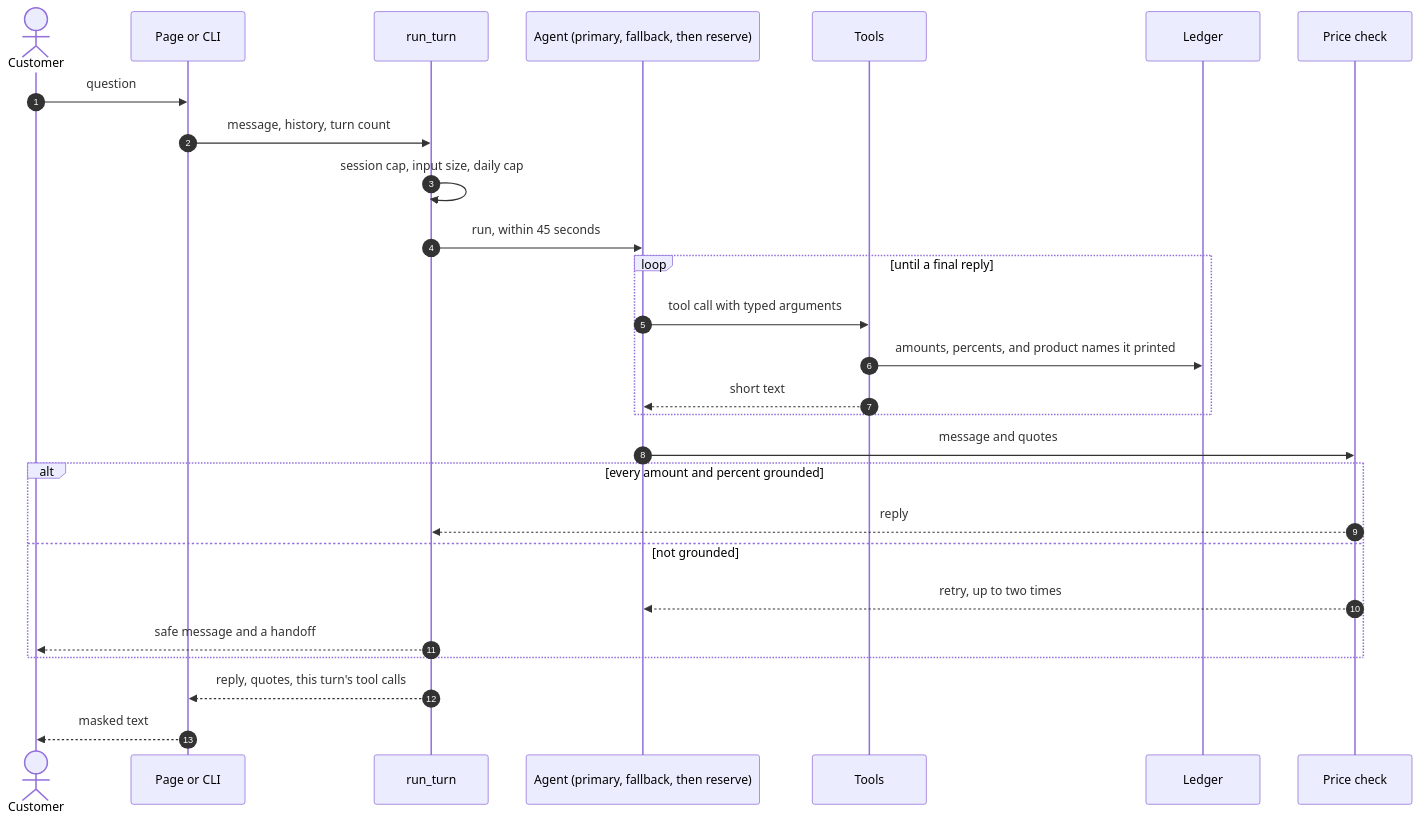
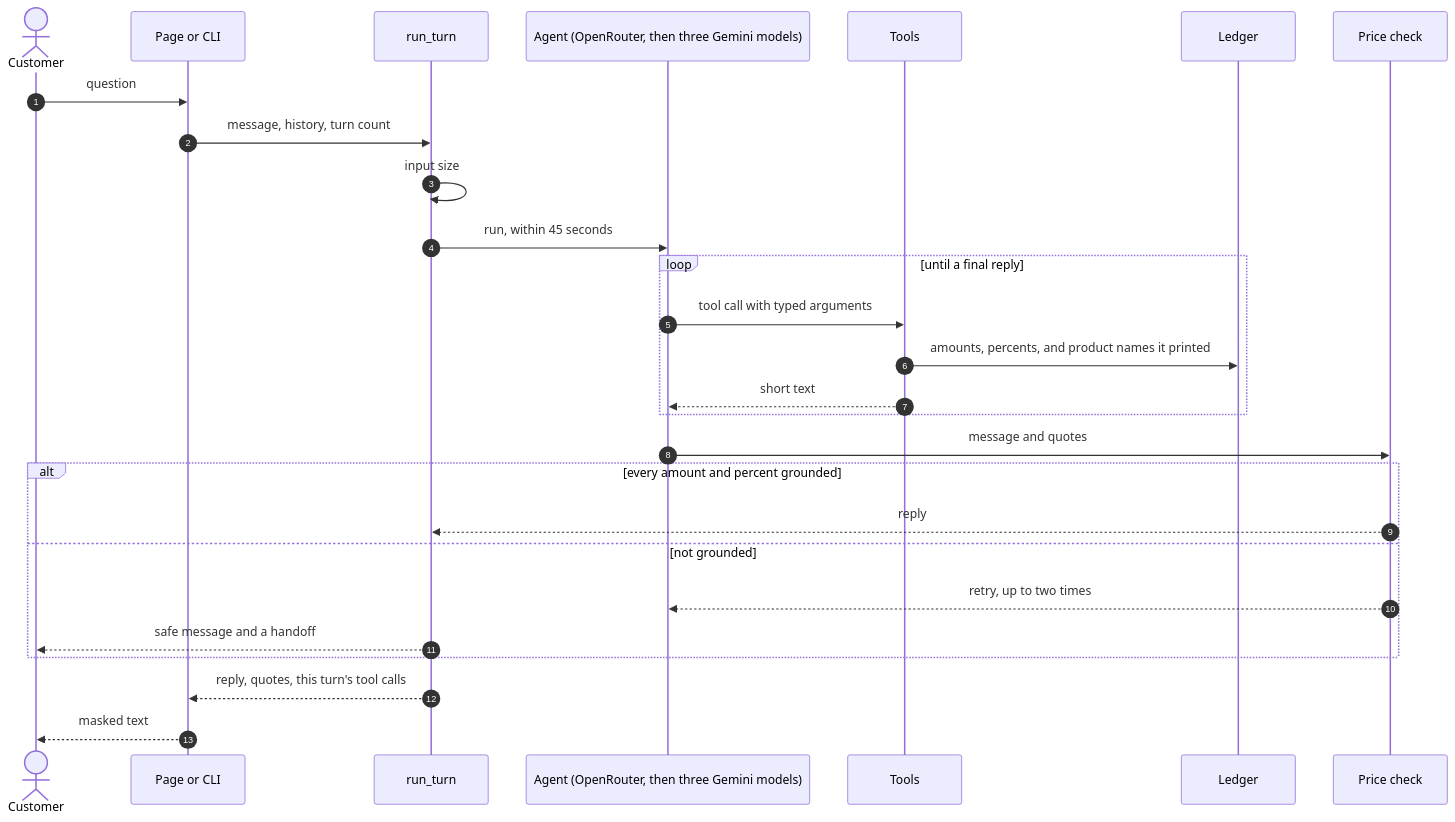
One commit to melocalex/music-store-ai-agent changed the diagram in docs/architecture.md. Above: the diagram before and after it, drawn with Mermaid. The commit also changed other lines of this file and 26 other files, not shown here.

First line of the commit message:
feat(models): answer with OpenRouter first, keep Gemini as backup, drop the visitor turn caps

````diff
--- a/docs/architecture.md
+++ b/docs/architecture.md
@@ -7,29 +7,29 @@
 ```mermaid
 sequenceDiagram
   autonumber
   actor C as Customer
   participant P as Page or CLI
   participant R as run_turn
-  participant A as Agent (primary, fallback, then reserve)
+  participant A as Agent (OpenRouter, then three Gemini models)
   participant T as Tools
   participant L as Ledger
   participant G as Price check
   C->>P: question
   P->>R: message, history, turn count
-  R->>R: session cap, input size, daily cap
+  R->>R: input size
   R->>A: run, within 45 seconds
   loop until a final reply
     A->>T: tool call with typed arguments
     T->>L: amounts, percents, and product names it printed
     T-->>A: short text
   end
   A->>G: message and quotes
   alt every amount and percent grounded
     G-->>R: reply
   else not grounded
     G-->>A: retry, up to two times
     R-->>C: safe message and a handoff
   end
   R-->>P: reply, quotes, this turn's tool calls
   P-->>C: masked text
 ```
````
